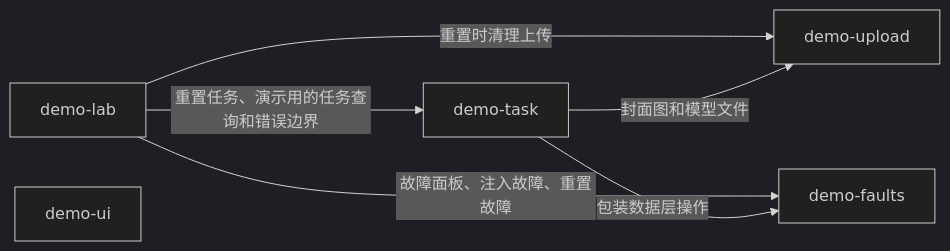
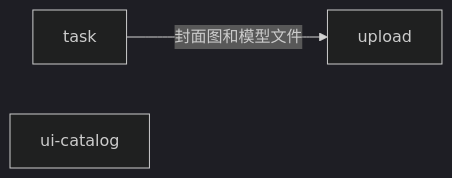
Before and after one commit to fhyfhyfhy/next-template: the diagram in docs/features.md, drawn with Mermaid (dark theme). The commit also changed other lines of this file and 587 other files, not shown here.

````diff
--- a/docs/features.md
+++ b/docs/features.md
@@ -9,9 +9,5 @@
 ```mermaid
 flowchart LR
-  lab[demo-lab] -->|重置任务、演示用的任务查询和错误边界| task[demo-task]
-  lab -->|故障面板、注入故障、重置故障| faults[demo-faults]
-  lab -->|重置时清理上传| upload[demo-upload]
-  task -->|封面图和模型文件| upload
-  task -->|包装数据层操作| faults
-  ui[demo-ui]
+  task[task] -->|封面图和模型文件| upload[upload]
+  catalog[ui-catalog]
 ```
````
